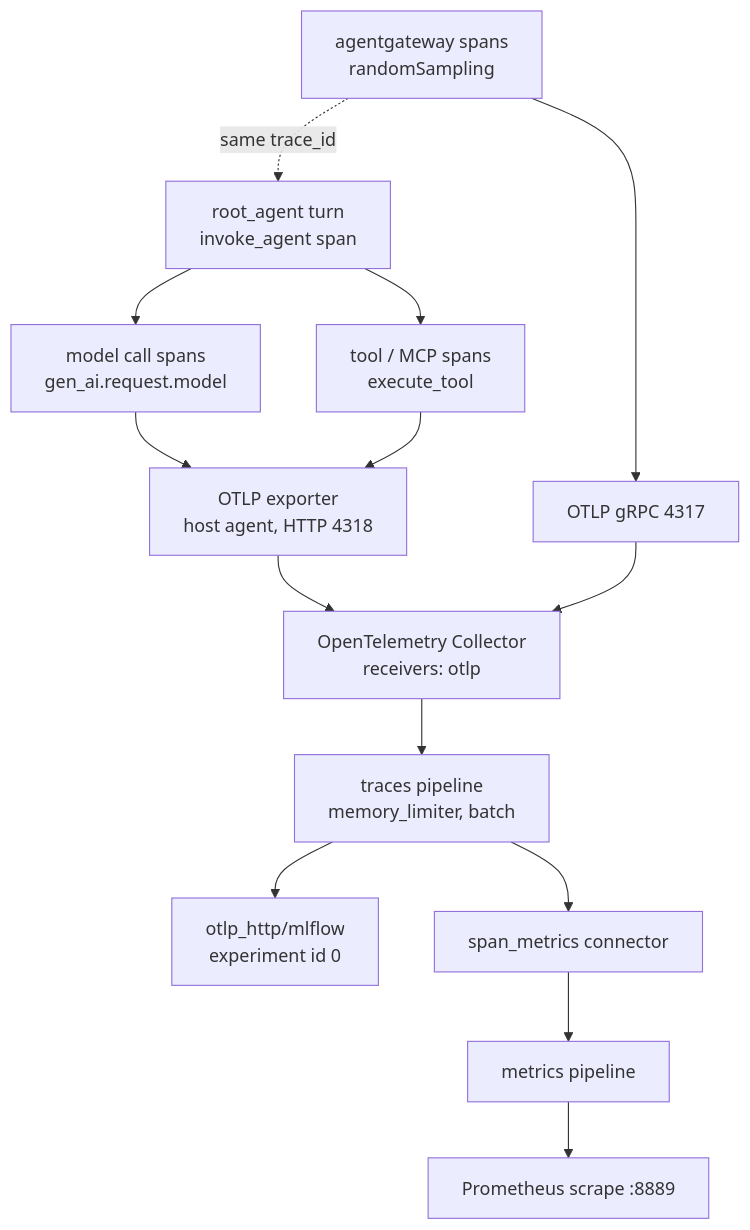
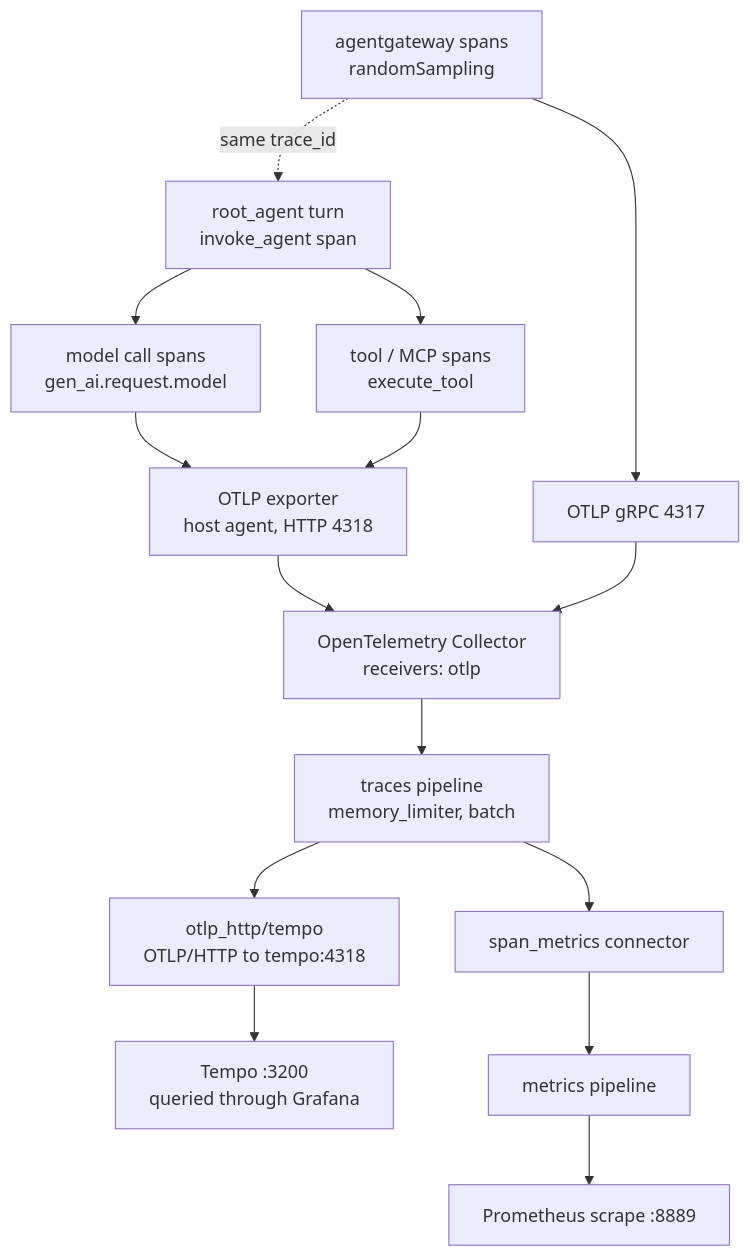
The diagram in content/7. Observability/7.1. Tracing.md (LuiGGi629/agentops-open-course), drawn with Mermaid before and after one commit. The commit also changed other lines of this file and 88 other files, not shown here.

First line of the commit message:
refactor: send traces to Tempo and take MLflow out of the online path

````diff
--- a/content/7. Observability/7.1. Tracing.md
+++ b/content/7. Observability/7.1. Tracing.md
@@ -184,16 +186,17 @@
 ```mermaid
 flowchart TD
   A["root_agent turn<br/>invoke_agent span"] --> B["model call spans<br/>gen_ai.request.model"]
   A --> C["tool / MCP spans<br/>execute_tool"]
   G["agentgateway spans<br/>randomSampling"] -. same trace_id .-> A
   B --> H["OTLP exporter<br/>host agent, HTTP 4318"]
   C --> H
   G --> I["OTLP gRPC 4317"]
   H --> K["OpenTelemetry Collector<br/>receivers: otlp"]
   I --> K
   K --> L["traces pipeline<br/>memory_limiter, batch"]
-  L --> M["otlp_http/mlflow<br/>experiment id 0"]
+  L --> M["otlp_http/tempo<br/>OTLP/HTTP to tempo:4318"]
   L --> N["span_metrics connector"]
+  M --> Q["Tempo :3200<br/>queried through Grafana"]
   N --> O["metrics pipeline"]
   O --> P["Prometheus scrape :8889"]
 ```
````
